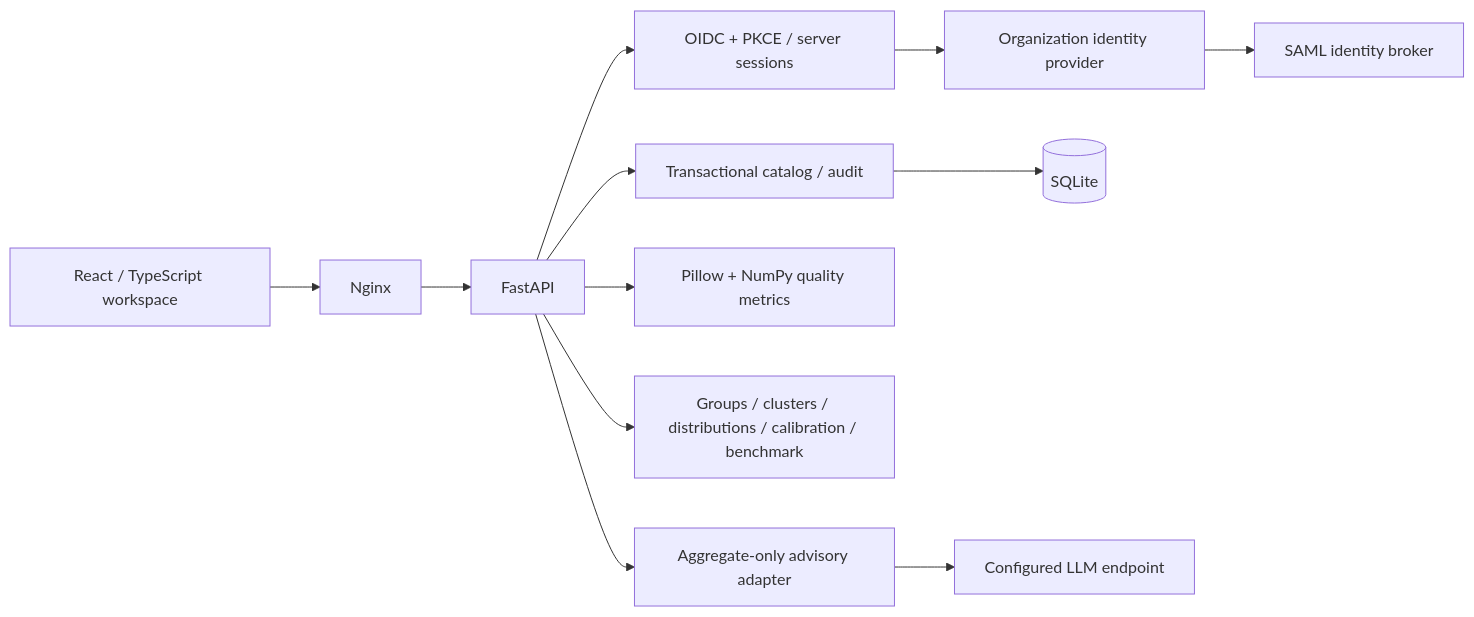
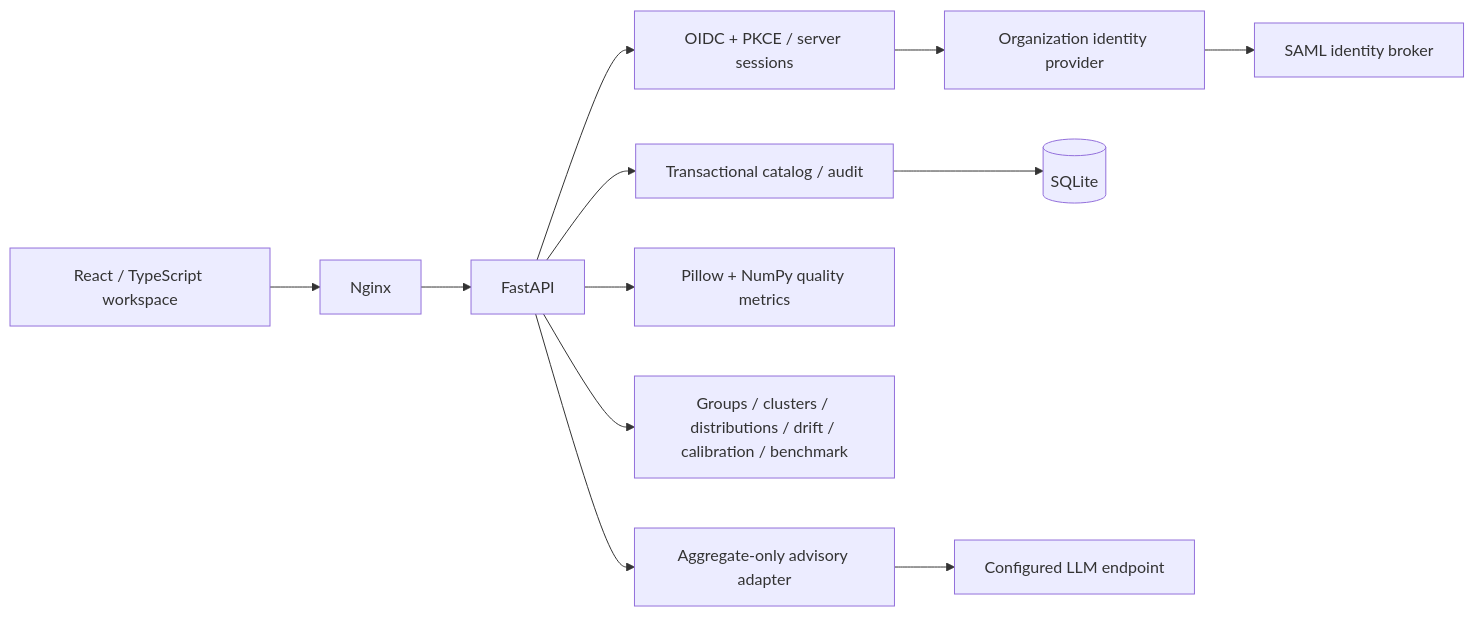
Before and after one commit to A220man/image-quality-observatory-ryan-vo: the diagram in README.md, drawn with Mermaid. The commit also changed other lines of this file and 16 other files, not shown here.

````diff
--- a/README.md
+++ b/README.md
@@ -22,14 +22,14 @@
 ```mermaid
 flowchart LR
   Browser[React / TypeScript workspace] --> Web[Nginx]
   Web --> API[FastAPI]
   API --> Auth[OIDC + PKCE / server sessions]
   Auth --> IdP[Organization identity provider]
   IdP --> SAML[SAML identity broker]
   API --> Catalog[Transactional catalog / audit]
   Catalog --> DB[(SQLite)]
   API --> Metrics[Pillow + NumPy quality metrics]
-  API --> Analysis[Groups / clusters / distributions / calibration / benchmark]
+  API --> Analysis[Groups / clusters / distributions / drift / calibration / benchmark]
   API --> Advice[Aggregate-only advisory adapter]
   Advice --> Provider[Configured LLM endpoint]
 ```
````
